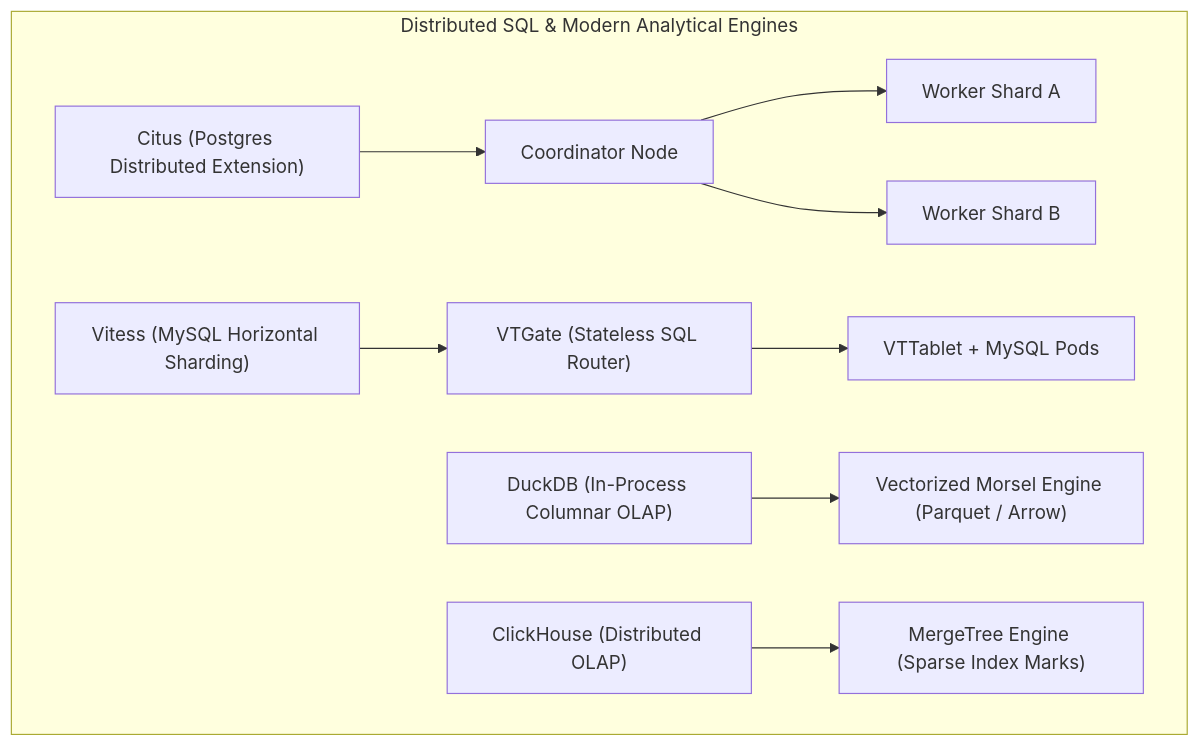
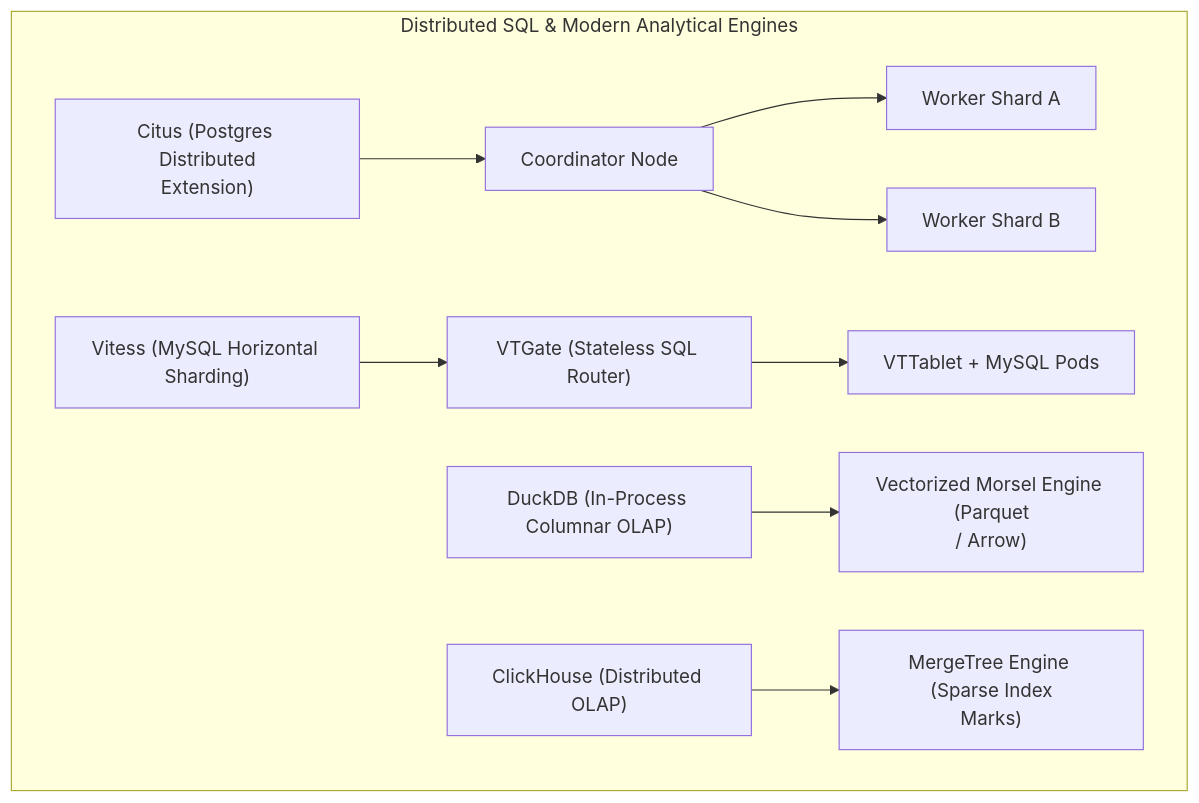
The fourth of 4 diagrams in architectures/06_database_tooling_migrations_profiling_and_pooling.md (santoshjammi29/sql-handbook), drawn with Mermaid before and after one commit. The commit also changed other lines of this file and 17 other files, not shown here.

Commit message:
fix(diagrams): word-wrap labels and escape comparison operators across all diagrams

````diff
--- a/architectures/06_database_tooling_migrations_profiling_and_pooling.md
+++ b/architectures/06_database_tooling_migrations_profiling_and_pooling.md
@@ -142,9 +142,9 @@
 ```mermaid
 flowchart TD
     subgraph DistributedSQL["Distributed SQL & Modern Analytical Engines"]
-        Citus["Citus (Postgres Distributed Extension)"] --> CitusCoord["Coordinator Node"] --> ShardA["Worker Shard A"] & ShardB["Worker Shard B"]
+        Citus["Citus (Postgres Distributed<br/>Extension)"] --> CitusCoord["Coordinator Node"] --> ShardA["Worker Shard A"] & ShardB["Worker Shard B"]
         Vitess["Vitess (MySQL Horizontal Sharding)"] --> VTGate["VTGate (Stateless SQL Router)"] --> VTTablet["VTTablet + MySQL Pods"]
-        DuckDB["DuckDB (In-Process Columnar OLAP)"] --> VectorEngine["Vectorized Morsel Engine (Parquet / Arrow)"]
-        ClickHouse["ClickHouse (Distributed OLAP)"] --> MergeTree["MergeTree Engine (Sparse Index Marks)"]
+        DuckDB["DuckDB (In-Process Columnar OLAP)"] --> VectorEngine["Vectorized Morsel Engine (Parquet<br/>/ Arrow)"]
+        ClickHouse["ClickHouse (Distributed OLAP)"] --> MergeTree["MergeTree Engine (Sparse Index<br/>Marks)"]
     end
 ```
````
